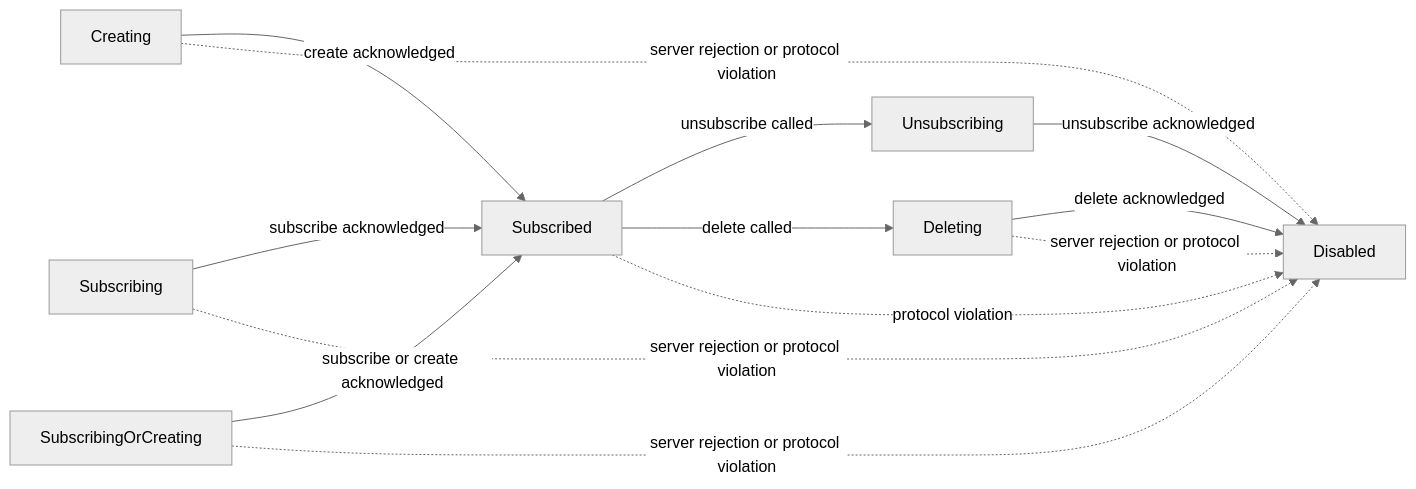
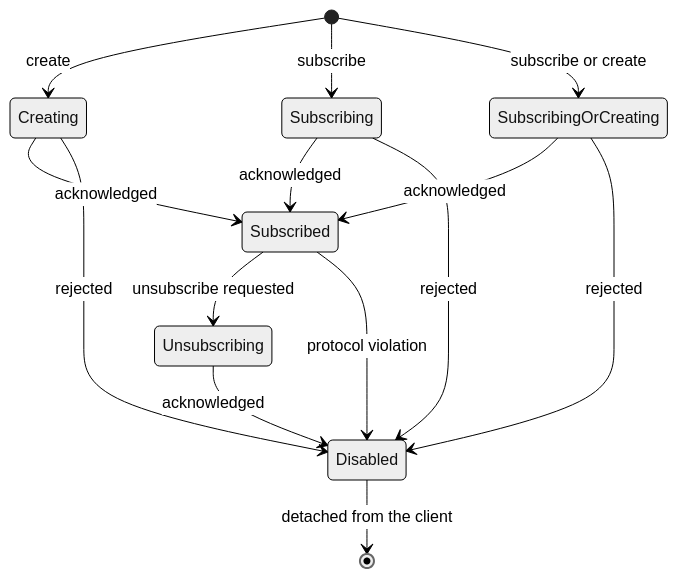
Before and after one commit to qortoo/qortoo-rs: the diagram in docs/datatype-state.md, drawn with Mermaid (neutral theme). The commit also changed other lines of this file and 14 other files, not shown here.

````diff
--- a/docs/datatype-state.md
+++ b/docs/datatype-state.md
@@ -46,16 +90,19 @@
 ```mermaid
-flowchart LR
-    Creating -->|create acknowledged| Subscribed
-    Subscribing -->|subscribe acknowledged| Subscribed
-    SubscribingOrCreating -->|subscribe or create acknowledged| Subscribed
-    Subscribed -->|unsubscribe called| Unsubscribing
-    Subscribed -->|delete called| Deleting
-    Unsubscribing -->|unsubscribe acknowledged| Disabled
-    Deleting -->|delete acknowledged| Disabled
+stateDiagram-v2
+    [*] --> Creating: create
+    [*] --> Subscribing: subscribe
+    [*] --> SubscribingOrCreating: subscribe or create
 
-    Creating -.->|server rejection or protocol violation| Disabled
-    Subscribing -.->|server rejection or protocol violation| Disabled
-    SubscribingOrCreating -.->|server rejection or protocol violation| Disabled
-    Subscribed -.->|protocol violation| Disabled
-    Deleting -.->|server rejection or protocol violation| Disabled
+    Creating --> Subscribed: acknowledged
+    Subscribing --> Subscribed: acknowledged
+    SubscribingOrCreating --> Subscribed: acknowledged
+
+    Subscribed --> Unsubscribing: unsubscribe requested
+    Unsubscribing --> Disabled: acknowledged
+
+    Creating --> Disabled: rejected
+    Subscribing --> Disabled: rejected
+    SubscribingOrCreating --> Disabled: rejected
+    Subscribed --> Disabled: protocol violation
+    Disabled --> [*]: detached from the client
 ```
````
